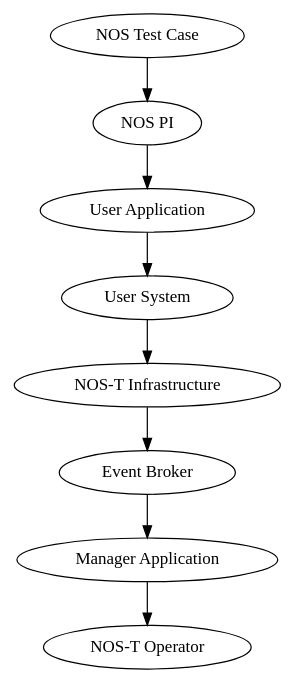
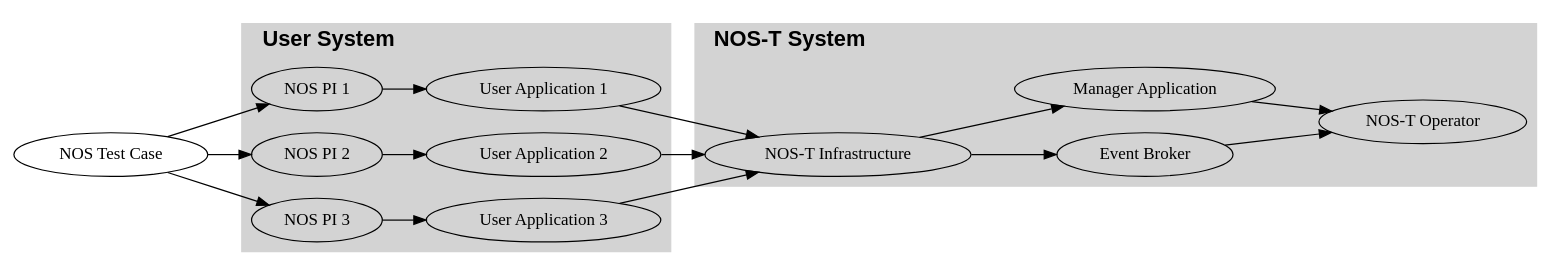
One commit to code-lab-org/nost-tools changed the diagram in docs/source/index.rst. Above: the diagram before and after it, drawn with Graphviz. The commit also changed other lines of this file, not shown here.

Commit message:
add index figure

```diff
--- a/docs/source/index.rst
+++ b/docs/source/index.rst
@@ -21,12 +21,42 @@
 .. graphviz::
    :align: center
 
-   digraph {
-      "NOS Test Case" -> "NOS PI";
-      "NOS PI" -> "User Application";
-      "User Application" -> "User System";
-      "User System" -> "NOS-T Infrastructure";
+   digraph G {
+   rankdir=LR;
+   
+   "NOS Test Case" -> "NOS PI 1";
+   "NOS Test Case" -> "NOS PI 2";
+   "NOS Test Case" -> "NOS PI 3";
+   
+   subgraph cluster0 {
+      style=filled;
+      color=lightgrey;
+      label="User System";
+      labeljust="l";
+      fontsize=18;
+      fontname="Helvetica-Bold";
+      
+      "NOS PI 1" -> "User Application 1";
+      "NOS PI 2" -> "User Application 2";
+      "NOS PI 3" -> "User Application 3";
+   }
+   
+   subgraph cluster1 {
+      style=filled;
+      color=lightgrey;
+      label="NOS-T System";
+      labeljust="l";
+      fontsize=18;
+      fontname="Helvetica-Bold";
+      
       "NOS-T Infrastructure" -> "Event Broker";
-      "Event Broker" -> "Manager Application";
+      "NOS-T Infrastructure" -> "Manager Application";
+      
+      "Event Broker" -> "NOS-T Operator"
       "Manager Application" -> "NOS-T Operator";
    }
+   
+   "User Application 1" -> "NOS-T Infrastructure";
+   "User Application 2" -> "NOS-T Infrastructure";
+   "User Application 3" -> "NOS-T Infrastructure";
+   }
```
